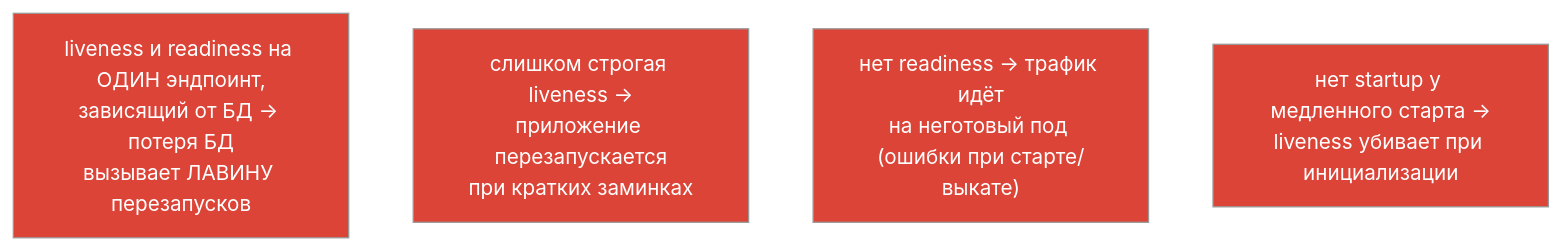
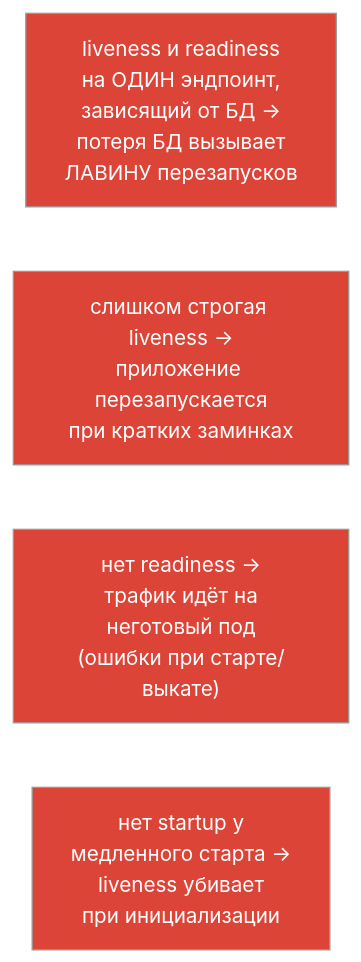
One commit to ViktorUJ/cks changed the seventh of 7 diagrams in tasks/cka/course/27/ru.md. Above: the diagram before and after it, drawn with Mermaid (neutral theme). The commit also changed other lines of this file and 30 other files, not shown here.

````diff
--- a/tasks/cka/course/27/ru.md
+++ b/tasks/cka/course/27/ru.md
@@ -157,11 +224,12 @@
 ```mermaid
 flowchart TB
-    e1["liveness и readiness на ОДИН эндпоинт,<br>зависящий от БД → потеря БД<br>вызывает ЛАВИНУ перезапусков"]
+    e1["liveness и readiness<br>на ОДИН эндпоинт,<br>зависящий от БД →<br>потеря БД вызывает<br>ЛАВИНУ перезапусков"]
     e2["слишком строгая liveness →<br>приложение перезапускается<br>при кратких заминках"]
-    e3["нет readiness → трафик идёт<br>на неготовый под (ошибки при старте/выкате)"]
-    e4["нет startup у медленного старта →<br>liveness убивает при инициализации"]
+    e3["нет readiness →<br>трафик идёт на<br>неготовый под<br>(ошибки при старте/выкате)"]
+    e4["нет startup у<br>медленного старта →<br>liveness убивает<br>при инициализации"]
+    e1 ~~~ e2 ~~~ e3 ~~~ e4
     style e1 fill:#db4437,color:#fff
     style e2 fill:#db4437,color:#fff
     style e3 fill:#db4437,color:#fff
     style e4 fill:#db4437,color:#fff
 ```
````
